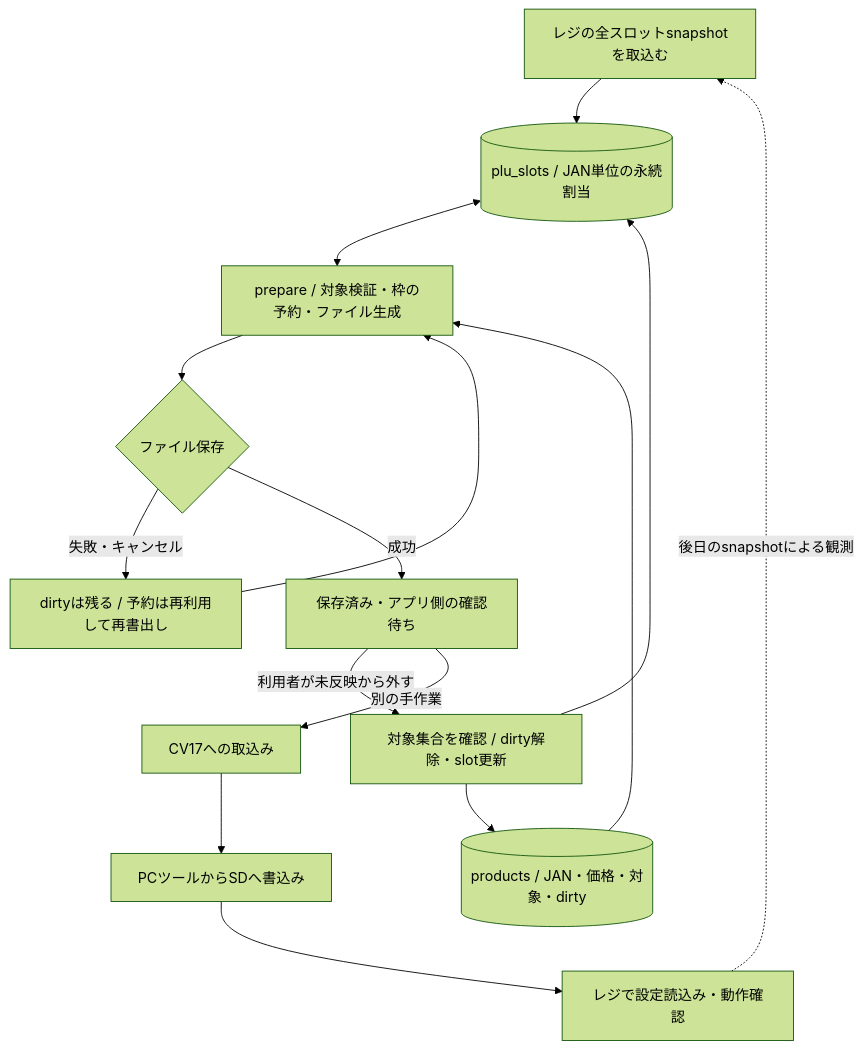
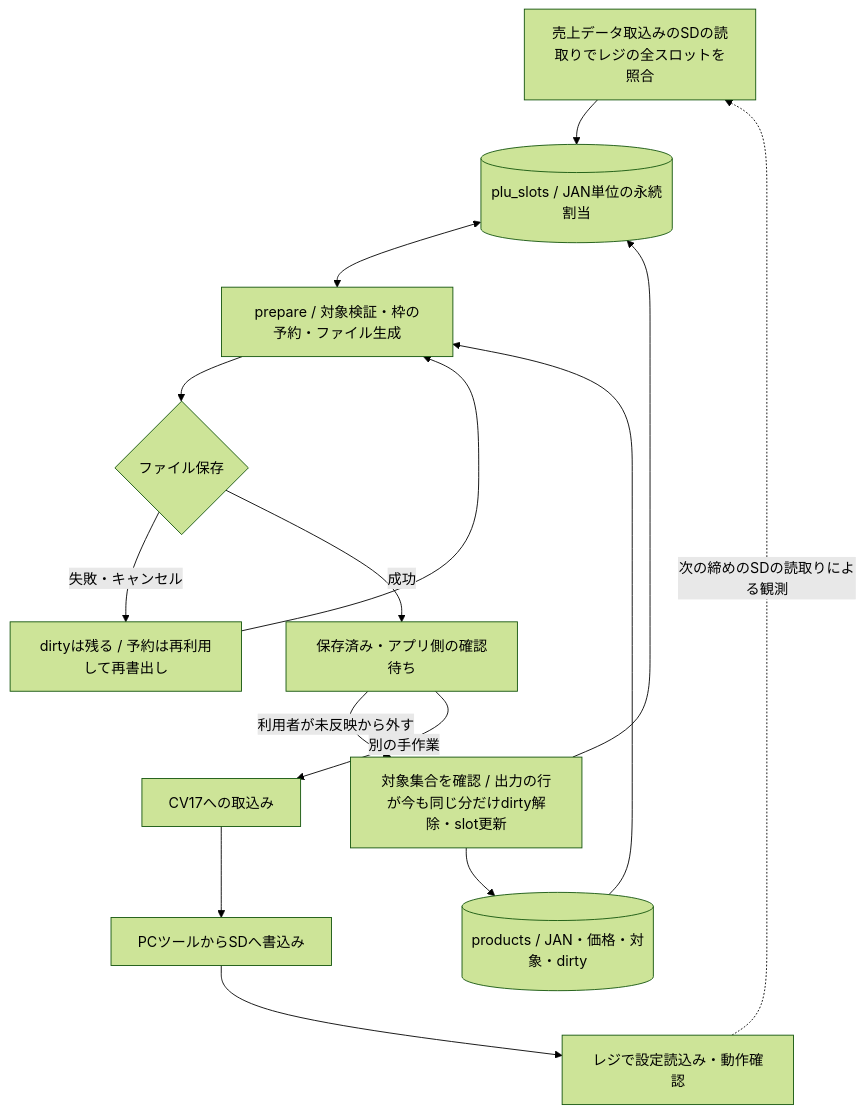
The seventh of 7 diagrams in docs/diagrams/current-system.md (higekiri-w/inventory-system-desktop), drawn with Mermaid (forest theme) before and after one commit. The commit also changed other lines of this file and 9 other files, not shown here.

````diff
--- a/docs/diagrams/current-system.md
+++ b/docs/diagrams/current-system.md
@@ -228,17 +228,17 @@
 ```mermaid
 flowchart TD
-  SNAP[レジの全スロットsnapshotを取込む] --> SLOTS[(plu_slots / JAN単位の永続割当)]
+  SNAP[売上データ取込みのSDの読取りでレジの全スロットを照合] --> SLOTS[(plu_slots / JAN単位の永続割当)]
   PRODUCTS[(products / JAN・価格・対象・dirty)] --> PREPARE[prepare / 対象検証・枠の予約・ファイル生成]
   SLOTS <--> PREPARE
   PREPARE --> SAVE{ファイル保存}
   SAVE -->|失敗・キャンセル| RETRY[dirtyは残る / 予約は再利用して再書出し]
   RETRY --> PREPARE
   SAVE -->|成功| PENDING[保存済み・アプリ側の確認待ち]
-  PENDING -->|利用者が未反映から外す| CONFIRM[対象集合を確認 / dirty解除・slot更新]
+  PENDING -->|利用者が未反映から外す| CONFIRM[対象集合を確認 / 出力の行が今も同じ分だけdirty解除・slot更新]
   CONFIRM --> PRODUCTS
   CONFIRM --> SLOTS
   PENDING -->|別の手作業| PC[CV17への取込み]
   PC --> SD[PCツールからSDへ書込み]
   SD --> REGISTER[レジで設定読込み・動作確認]
-  REGISTER -.->|後日のsnapshotによる観測| SNAP
+  REGISTER -.->|次の締めのSDの読取りによる観測| SNAP
 ```
````
